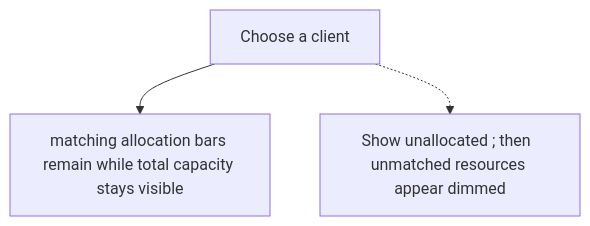
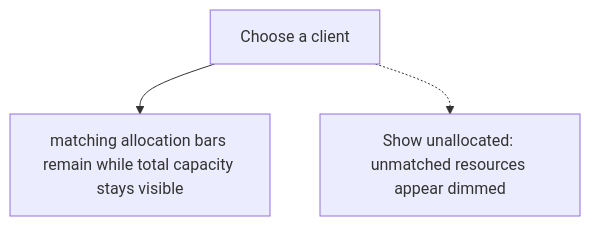
Before and after one commit to Kevinjohn/capacitylens: the first of 2 diagrams in user-stories/filters/US-FIL-03-filter-client.md, drawn with Mermaid. The commit also changed other lines of this file and 119 other files, not shown here.

First line of the commit message:
docs: correct story text and flow diagrams against current source

````diff
--- a/user-stories/filters/US-FIL-03-filter-client.md
+++ b/user-stories/filters/US-FIL-03-filter-client.md
@@ -22,8 +22,8 @@
 ```mermaid
 flowchart TD
   N1["Choose a client"]
   N2["matching allocation bars remain while total capacity stays visible"]
-  B1["Show unallocated ; then  unmatched resources appear dimmed"]
+  B1["Show unallocated: unmatched resources appear dimmed"]
   N1 --> N2
   N1 -.-> B1
 ```
````
